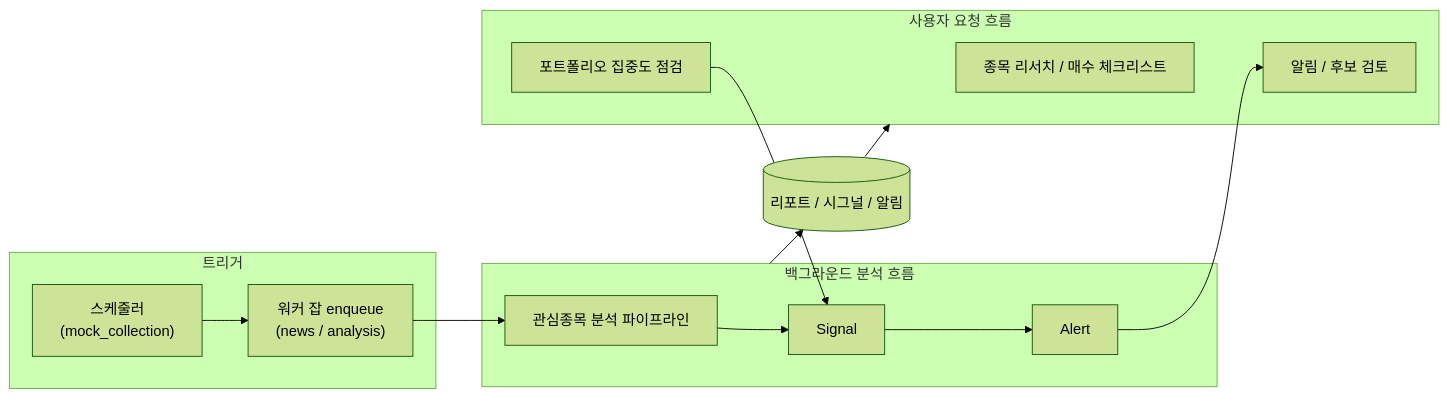
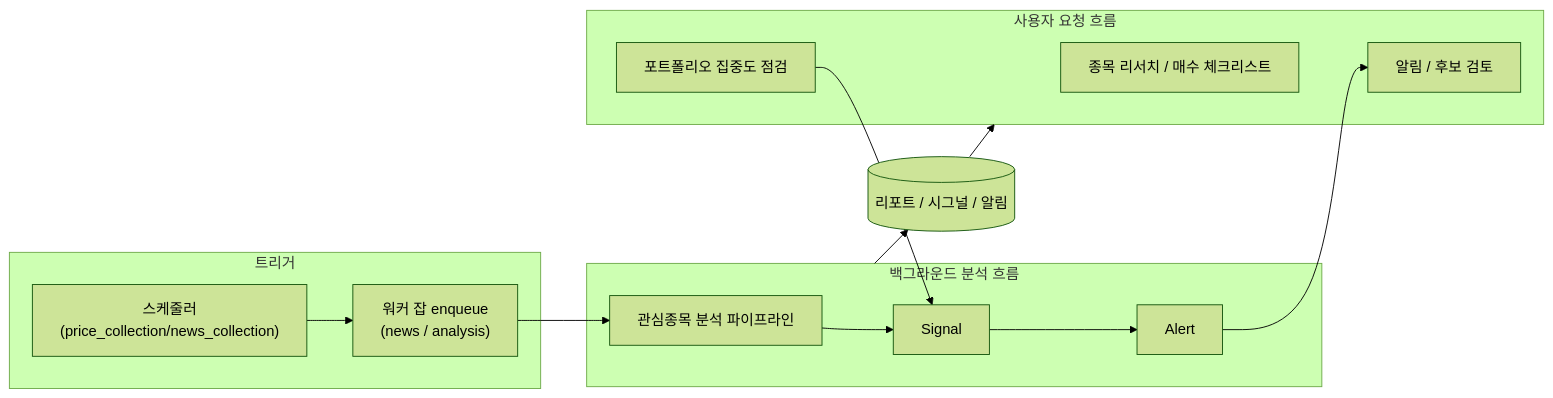
Before and after one commit to JongEunLee310/project_stock: the first of 3 diagrams in docs/knowledge/product-workflow.md, drawn with Mermaid (forest theme). The commit also changed other lines of this file and 10 other files, not shown here.

````diff
--- a/docs/knowledge/product-workflow.md
+++ b/docs/knowledge/product-workflow.md
@@ -23,27 +23,27 @@
 ```mermaid
 flowchart LR
     subgraph trigger["트리거"]
-        SCHED["스케줄러<br/>(mock_collection)"]
+        SCHED["스케줄러<br/>(price_collection/news_collection)"]
         WJOB["워커 잡 enqueue<br/>(news / analysis)"]
     end
 
     subgraph bg["백그라운드 분석 흐름"]
         PIPE["관심종목 분석 파이프라인"]
         SIG["Signal"]
         ALERT["Alert"]
         PIPE --> SIG --> ALERT
     end
 
     subgraph user["사용자 요청 흐름"]
         RESEARCH["종목 리서치 / 매수 체크리스트"]
         PORT["포트폴리오 집중도 점검"]
         REVIEW["알림 / 후보 검토"]
     end
 
     SCHED --> WJOB
     WJOB --> PIPE
     ALERT --> REVIEW
     PORT --> SIG
     DATA[("리포트 / 시그널 / 알림")]
     bg --> DATA --> user
 ```
````
